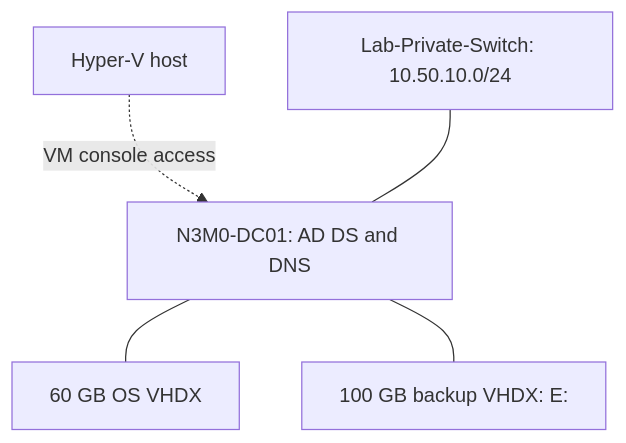
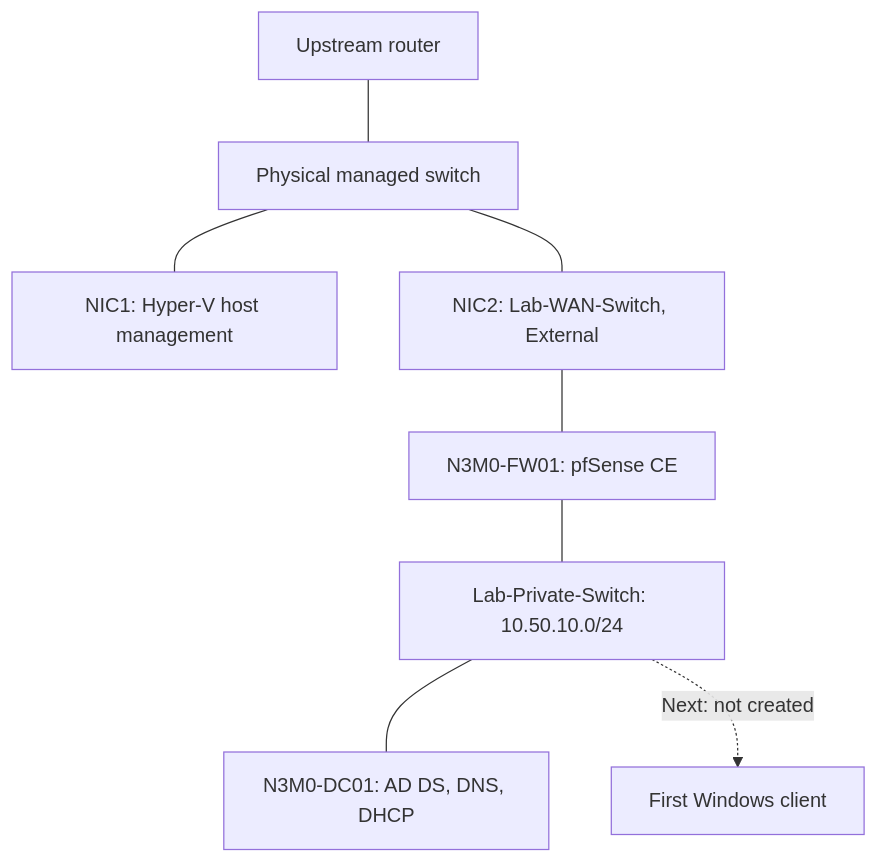
The diagram in docs/architecture.md (N3M0SYS/Active-Directory-Deployment-Lab), drawn with Mermaid before and after one commit. The commit also changed other lines of this file and 7 other files, not shown here.

Commit message:
Document pfSense deployment, DNS validation, and N3M0-Clients DHCP scope

````diff
--- a/docs/architecture.md
+++ b/docs/architecture.md
@@ -9,7 +7,10 @@
 ```mermaid
 flowchart TD
-    Host["Hyper-V host"] -. "VM console access" .-> DC["N3M0-DC01: AD DS and DNS"]
-    Switch["Lab-Private-Switch: 10.50.10.0/24"] --- DC
-    DC --- OS["60 GB OS VHDX"]
-    DC --- Backup["100 GB backup VHDX: E:"]
+    Router["Upstream router"] --- Physical["Physical managed switch"]
+    Physical --- NIC1["NIC1: Hyper-V host management"]
+    Physical --- WAN["NIC2: Lab-WAN-Switch, External"]
+    WAN --- FW["N3M0-FW01: pfSense CE"]
+    FW --- LAN["Lab-Private-Switch: 10.50.10.0/24"]
+    LAN --- DC["N3M0-DC01: AD DS, DNS, DHCP"]
+    LAN -. "Next: not created" .-> Client["First Windows client"]
 ```
````
